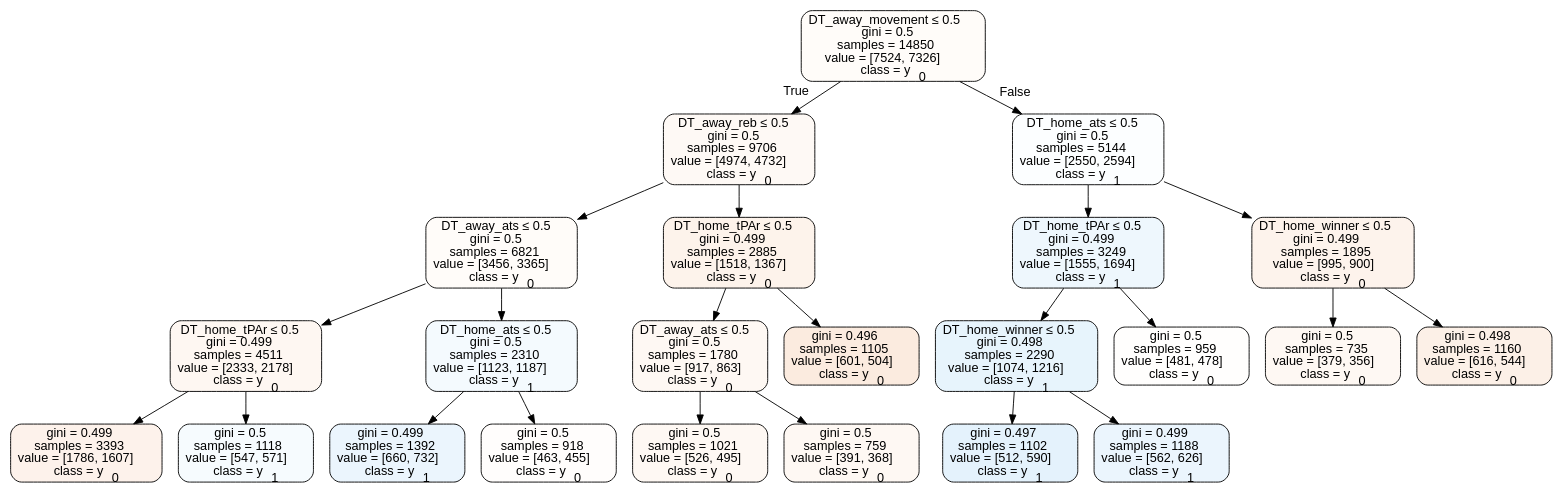
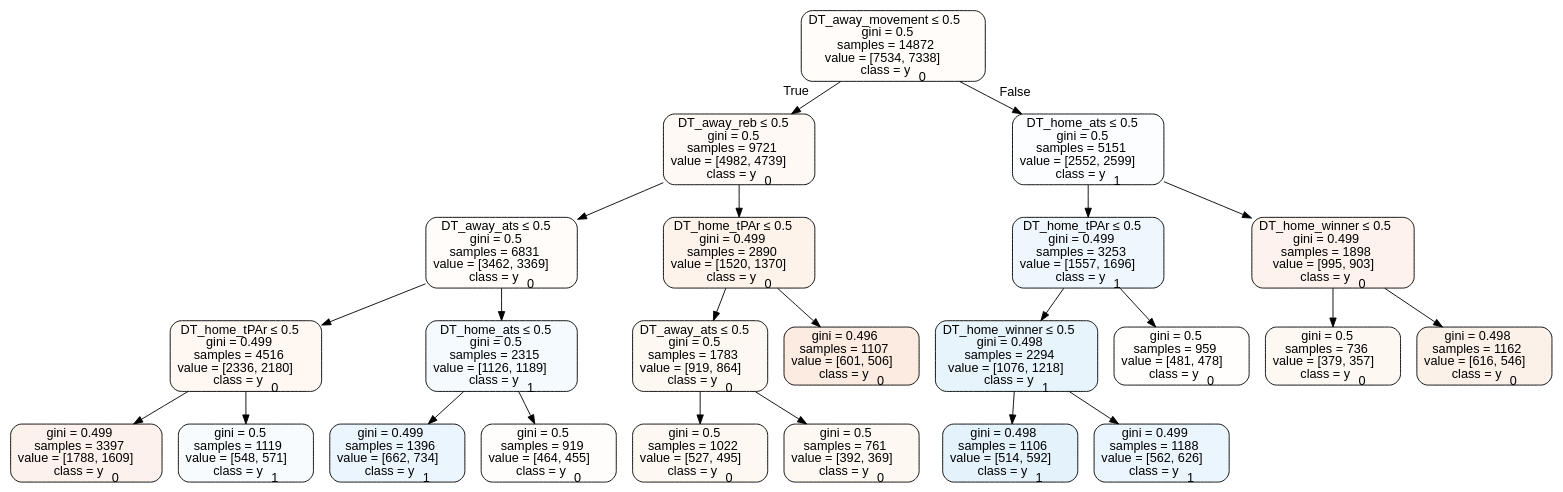
One commit to usbogie/ncaa-bets changed the diagram in Basketball/data/trees/tree2013home.dot. Above: the diagram before and after it, drawn with Graphviz. The commit also changed 29 other files, not shown here.

```diff
--- a/Basketball/data/trees/tree2013home.dot
+++ b/Basketball/data/trees/tree2013home.dot
@@ -1,49 +1,49 @@
 digraph Tree {
 node [shape=box, style="filled, rounded", color="black", fontname=helvetica] ;
 edge [fontname=helvetica] ;
-0 [label=<DT_away_movement &le; 0.5<br/>gini = 0.5<br/>samples = 14850<br/>value = [7524, 7326]<br/>class = y<SUB>0</SUB>>, fillcolor="#e5813907"] ;
-1 [label=<DT_away_reb &le; 0.5<br/>gini = 0.5<br/>samples = 9706<br/>value = [4974, 4732]<br/>class = y<SUB>0</SUB>>, fillcolor="#e581390c"] ;
+0 [label=<DT_away_movement &le; 0.5<br/>gini = 0.5<br/>samples = 14872<br/>value = [7534, 7338]<br/>class = y<SUB>0</SUB>>, fillcolor="#e5813907"] ;
+1 [label=<DT_away_reb &le; 0.5<br/>gini = 0.5<br/>samples = 9721<br/>value = [4982, 4739]<br/>class = y<SUB>0</SUB>>, fillcolor="#e581390c"] ;
 0 -> 1 [labeldistance=2.5, labelangle=45, headlabel="True"] ;
-2 [label=<DT_away_ats &le; 0.5<br/>gini = 0.5<br/>samples = 6821<br/>value = [3456, 3365]<br/>class = y<SUB>0</SUB>>, fillcolor="#e5813907"] ;
+2 [label=<DT_away_ats &le; 0.5<br/>gini = 0.5<br/>samples = 6831<br/>value = [3462, 3369]<br/>class = y<SUB>0</SUB>>, fillcolor="#e5813907"] ;
 1 -> 2 ;
-3 [label=<DT_home_tPAr &le; 0.5<br/>gini = 0.499<br/>samples = 4511<br/>value = [2333, 2178]<br/>class = y<SUB>0</SUB>>, fillcolor="#e5813911"] ;
+3 [label=<DT_home_tPAr &le; 0.5<br/>gini = 0.499<br/>samples = 4516<br/>value = [2336, 2180]<br/>class = y<SUB>0</SUB>>, fillcolor="#e5813911"] ;
 2 -> 3 ;
-4 [label=<gini = 0.499<br/>samples = 3393<br/>value = [1786, 1607]<br/>class = y<SUB>0</SUB>>, fillcolor="#e581391a"] ;
+4 [label=<gini = 0.499<br/>samples = 3397<br/>value = [1788, 1609]<br/>class = y<SUB>0</SUB>>, fillcolor="#e581391a"] ;
 3 -> 4 ;
-5 [label=<gini = 0.5<br/>samples = 1118<br/>value = [547, 571]<br/>class = y<SUB>1</SUB>>, fillcolor="#399de50b"] ;
+5 [label=<gini = 0.5<br/>samples = 1119<br/>value = [548, 571]<br/>class = y<SUB>1</SUB>>, fillcolor="#399de50a"] ;
 3 -> 5 ;
-6 [label=<DT_home_ats &le; 0.5<br/>gini = 0.5<br/>samples = 2310<br/>value = [1123, 1187]<br/>class = y<SUB>1</SUB>>, fillcolor="#399de50e"] ;
+6 [label=<DT_home_ats &le; 0.5<br/>gini = 0.5<br/>samples = 2315<br/>value = [1126, 1189]<br/>class = y<SUB>1</SUB>>, fillcolor="#399de50e"] ;
 2 -> 6 ;
-7 [label=<gini = 0.499<br/>samples = 1392<br/>value = [660, 732]<br/>class = y<SUB>1</SUB>>, fillcolor="#399de519"] ;
+7 [label=<gini = 0.499<br/>samples = 1396<br/>value = [662, 734]<br/>class = y<SUB>1</SUB>>, fillcolor="#399de519"] ;
 6 -> 7 ;
-8 [label=<gini = 0.5<br/>samples = 918<br/>value = [463, 455]<br/>class = y<SUB>0</SUB>>, fillcolor="#e5813904"] ;
+8 [label=<gini = 0.5<br/>samples = 919<br/>value = [464, 455]<br/>class = y<SUB>0</SUB>>, fillcolor="#e5813905"] ;
 6 -> 8 ;
-9 [label=<DT_home_tPAr &le; 0.5<br/>gini = 0.499<br/>samples = 2885<br/>value = [1518, 1367]<br/>class = y<SUB>0</SUB>>, fillcolor="#e5813919"] ;
+9 [label=<DT_home_tPAr &le; 0.5<br/>gini = 0.499<br/>samples = 2890<br/>value = [1520, 1370]<br/>class = y<SUB>0</SUB>>, fillcolor="#e5813919"] ;
 1 -> 9 ;
-10 [label=<DT_away_ats &le; 0.5<br/>gini = 0.5<br/>samples = 1780<br/>value = [917, 863]<br/>class = y<SUB>0</SUB>>, fillcolor="#e581390f"] ;
+10 [label=<DT_away_ats &le; 0.5<br/>gini = 0.5<br/>samples = 1783<br/>value = [919, 864]<br/>class = y<SUB>0</SUB>>, fillcolor="#e581390f"] ;
 9 -> 10 ;
-11 [label=<gini = 0.5<br/>samples = 1021<br/>value = [526, 495]<br/>class = y<SUB>0</SUB>>, fillcolor="#e581390f"] ;
+11 [label=<gini = 0.5<br/>samples = 1022<br/>value = [527, 495]<br/>class = y<SUB>0</SUB>>, fillcolor="#e581390f"] ;
 10 -> 11 ;
-12 [label=<gini = 0.5<br/>samples = 759<br/>value = [391, 368]<br/>class = y<SUB>0</SUB>>, fillcolor="#e581390f"] ;
+12 [label=<gini = 0.5<br/>samples = 761<br/>value = [392, 369]<br/>class = y<SUB>0</SUB>>, fillcolor="#e581390f"] ;
 10 -> 12 ;
-13 [label=<gini = 0.496<br/>samples = 1105<br/>value = [601, 504]<br/>class = y<SUB>0</SUB>>, fillcolor="#e5813929"] ;
+13 [label=<gini = 0.496<br/>samples = 1107<br/>value = [601, 506]<br/>class = y<SUB>0</SUB>>, fillcolor="#e5813928"] ;
 9 -> 13 ;
-14 [label=<DT_home_ats &le; 0.5<br/>gini = 0.5<br/>samples = 5144<br/>value = [2550, 2594]<br/>class = y<SUB>1</SUB>>, fillcolor="#399de504"] ;
+14 [label=<DT_home_ats &le; 0.5<br/>gini = 0.5<br/>samples = 5151<br/>value = [2552, 2599]<br/>class = y<SUB>1</SUB>>, fillcolor="#399de505"] ;
 0 -> 14 [labeldistance=2.5, labelangle=-45, headlabel="False"] ;
-15 [label=<DT_home_tPAr &le; 0.5<br/>gini = 0.499<br/>samples = 3249<br/>value = [1555, 1694]<br/>class = y<SUB>1</SUB>>, fillcolor="#399de515"] ;
+15 [label=<DT_home_tPAr &le; 0.5<br/>gini = 0.499<br/>samples = 3253<br/>value = [1557, 1696]<br/>class = y<SUB>1</SUB>>, fillcolor="#399de515"] ;
 14 -> 15 ;
-16 [label=<DT_home_winner &le; 0.5<br/>gini = 0.498<br/>samples = 2290<br/>value = [1074, 1216]<br/>class = y<SUB>1</SUB>>, fillcolor="#399de51e"] ;
+16 [label=<DT_home_winner &le; 0.5<br/>gini = 0.498<br/>samples = 2294<br/>value = [1076, 1218]<br/>class = y<SUB>1</SUB>>, fillcolor="#399de51e"] ;
 15 -> 16 ;
-17 [label=<gini = 0.497<br/>samples = 1102<br/>value = [512, 590]<br/>class = y<SUB>1</SUB>>, fillcolor="#399de522"] ;
+17 [label=<gini = 0.498<br/>samples = 1106<br/>value = [514, 592]<br/>class = y<SUB>1</SUB>>, fillcolor="#399de522"] ;
 16 -> 17 ;
 18 [label=<gini = 0.499<br/>samples = 1188<br/>value = [562, 626]<br/>class = y<SUB>1</SUB>>, fillcolor="#399de51a"] ;
 16 -> 18 ;
 19 [label=<gini = 0.5<br/>samples = 959<br/>value = [481, 478]<br/>class = y<SUB>0</SUB>>, fillcolor="#e5813902"] ;
 15 -> 19 ;
-20 [label=<DT_home_winner &le; 0.5<br/>gini = 0.499<br/>samples = 1895<br/>value = [995, 900]<br/>class = y<SUB>0</SUB>>, fillcolor="#e5813918"] ;
+20 [label=<DT_home_winner &le; 0.5<br/>gini = 0.499<br/>samples = 1898<br/>value = [995, 903]<br/>class = y<SUB>0</SUB>>, fillcolor="#e5813918"] ;
 14 -> 20 ;
-21 [label=<gini = 0.5<br/>samples = 735<br/>value = [379, 356]<br/>class = y<SUB>0</SUB>>, fillcolor="#e581390f"] ;
+21 [label=<gini = 0.5<br/>samples = 736<br/>value = [379, 357]<br/>class = y<SUB>0</SUB>>, fillcolor="#e581390f"] ;
 20 -> 21 ;
-22 [label=<gini = 0.498<br/>samples = 1160<br/>value = [616, 544]<br/>class = y<SUB>0</SUB>>, fillcolor="#e581391e"] ;
+22 [label=<gini = 0.498<br/>samples = 1162<br/>value = [616, 546]<br/>class = y<SUB>0</SUB>>, fillcolor="#e581391d"] ;
 20 -> 22 ;
 }
```
